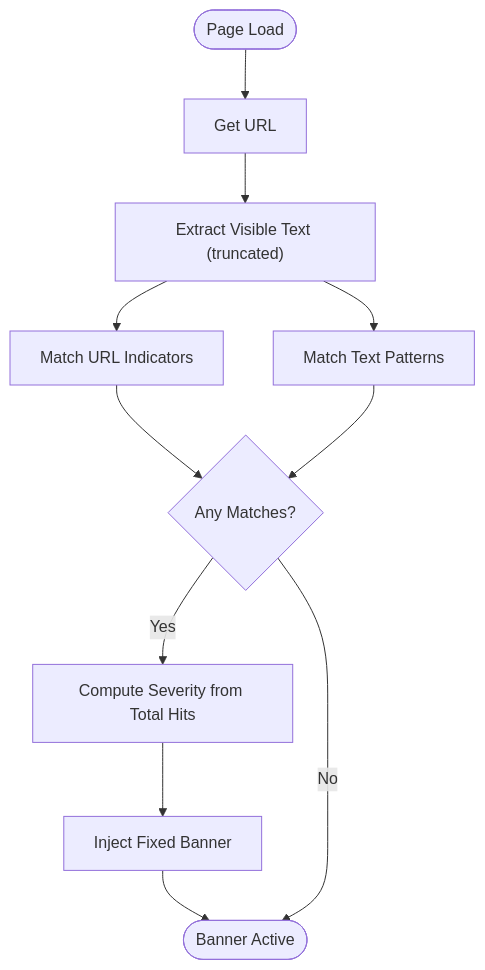
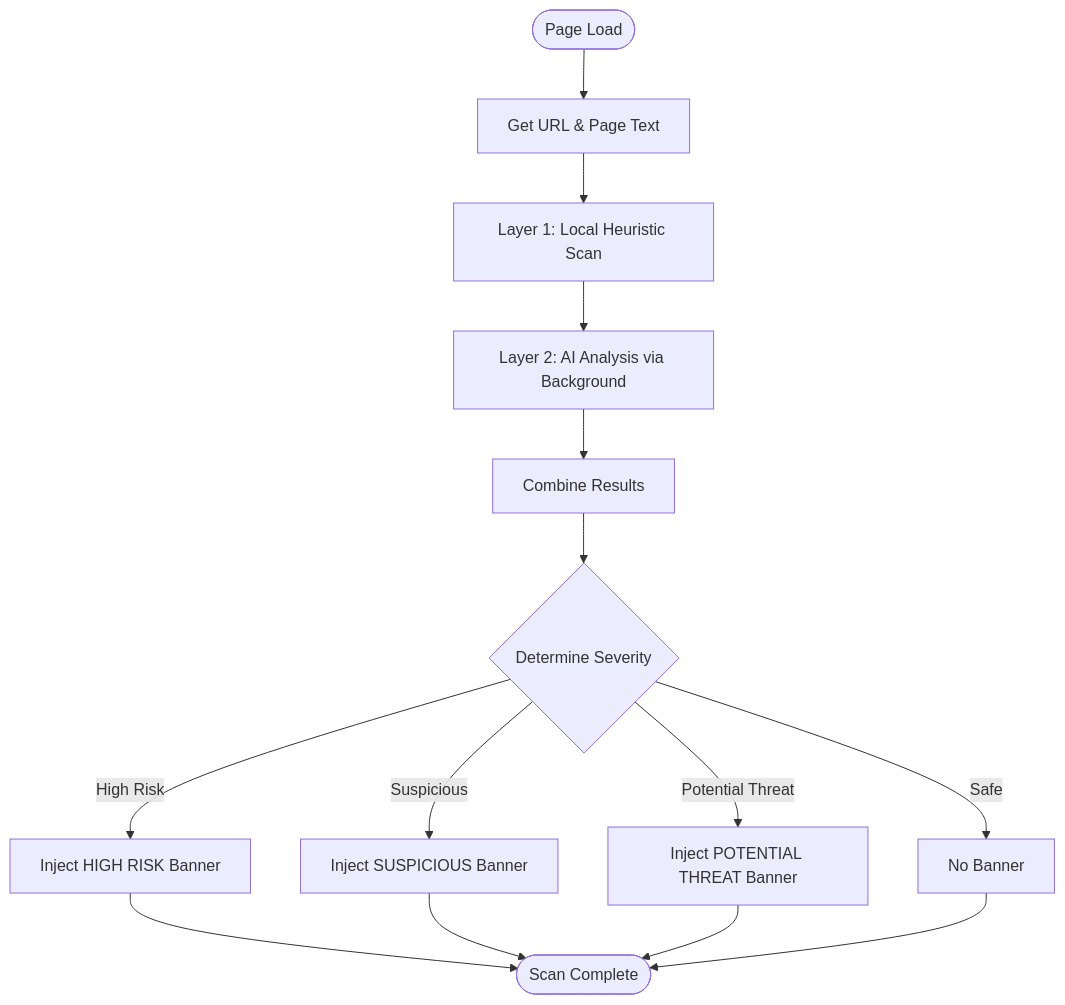
Before and after one commit to Aymanaahh/scrollguard-ai: the fourth of 7 diagrams in .qoder/repowiki/en/content/Chrome Extension Development.md, drawn with Mermaid. The commit also changed other lines of this file and 38 other files, not shown here.

````diff
--- a/.qoder/repowiki/en/content/Chrome Extension Development.md
+++ b/.qoder/repowiki/en/content/Chrome Extension Development.md
@@ -143,13 +220,16 @@
 ```mermaid
 flowchart TD
-Start(["Page Load"]) --> GetURL["Get URL"]
-GetURL --> GetText["Extract Visible Text (truncated)"]
-GetText --> CheckURL["Match URL Indicators"]
-GetText --> CheckText["Match Text Patterns"]
-CheckURL --> Hits{"Any Matches?"}
-CheckText --> Hits
-Hits --> |Yes| Severity["Compute Severity from Total Hits"]
-Severity --> Inject["Inject Fixed Banner"]
-Inject --> End(["Banner Active"])
-Hits --> |No| End
+Start(["Page Load"]) --> GetURL["Get URL & Page Text"]
+GetURL --> Layer1["Layer 1: Local Heuristic Scan"]
+Layer1 --> Layer2["Layer 2: AI Analysis via Background"]
+Layer2 --> Combine["Combine Results"]
+Combine --> Severity{"Determine Severity"}
+Severity --> |High Risk| HighBanner["Inject HIGH RISK Banner"]
+Severity --> |Suspicious| MedBanner["Inject SUSPICIOUS Banner"]
+Severity --> |Potential Threat| LowBanner["Inject POTENTIAL THREAT Banner"]
+Severity --> |Safe| NoBanner["No Banner"]
+HighBanner --> End(["Scan Complete"])
+MedBanner --> End
+LowBanner --> End
+NoBanner --> End
 ```
````
